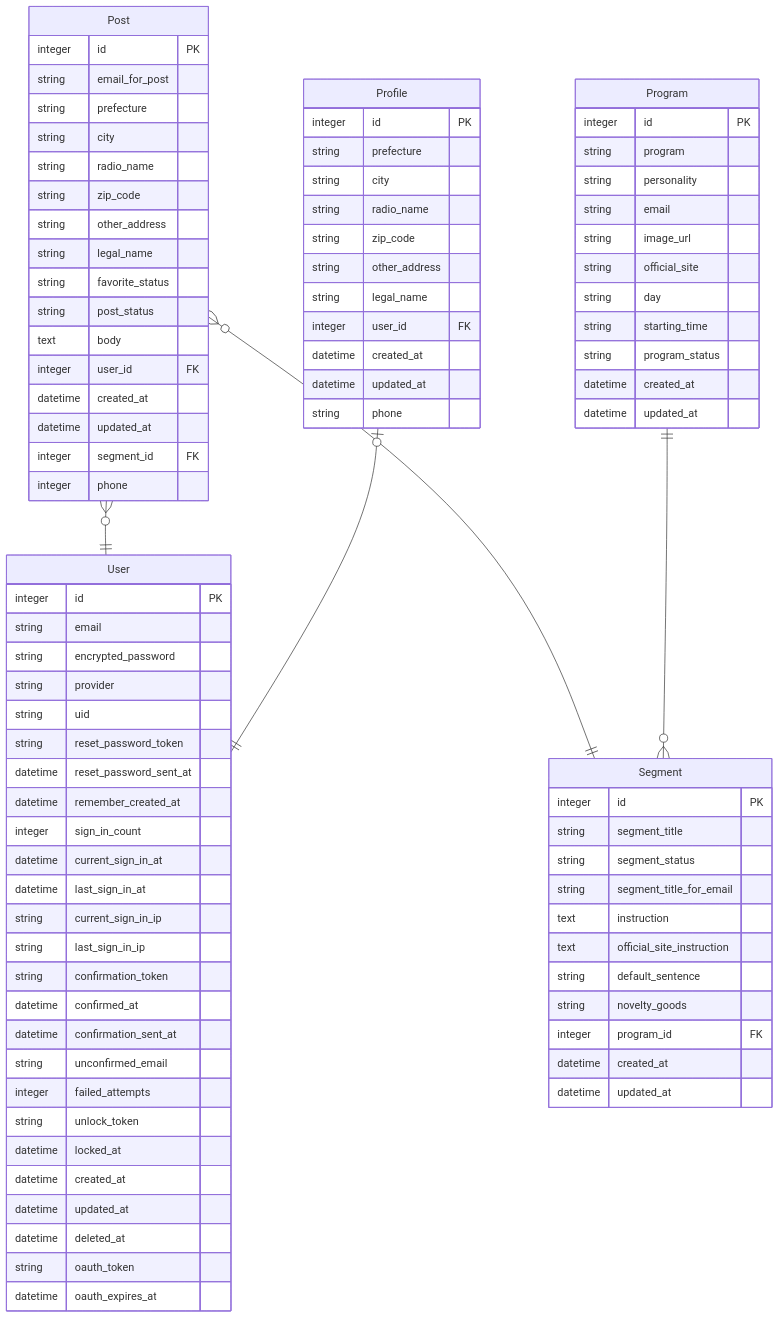
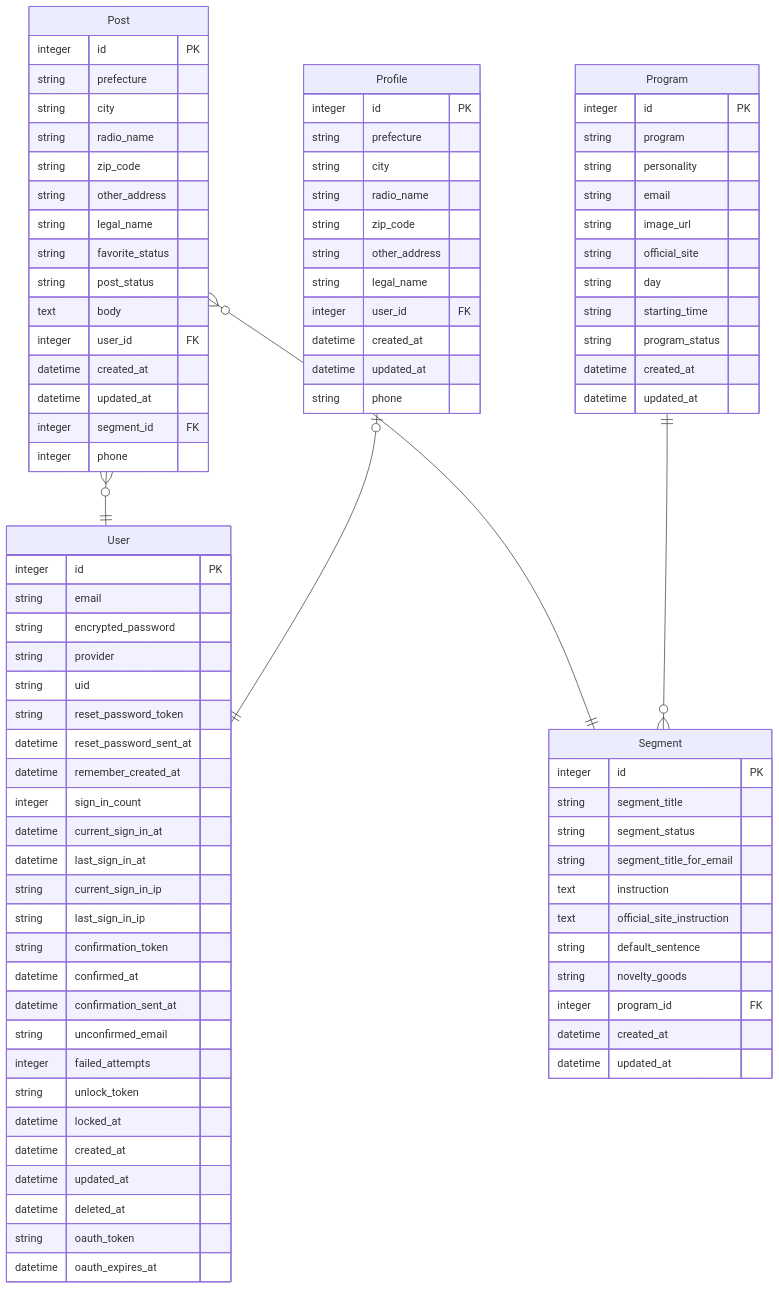
The diagram in README.md (morihagi/yonde_develop), drawn with Mermaid before and after one commit. The commit also changed 13 other files, not shown here.

```diff
--- a/README.md
+++ b/README.md
@@ -137,7 +137,6 @@
     %% table name: posts
     Post {
         integer id PK 
-        string email_for_post  
         string prefecture  
         string city  
         string radio_name  
```
